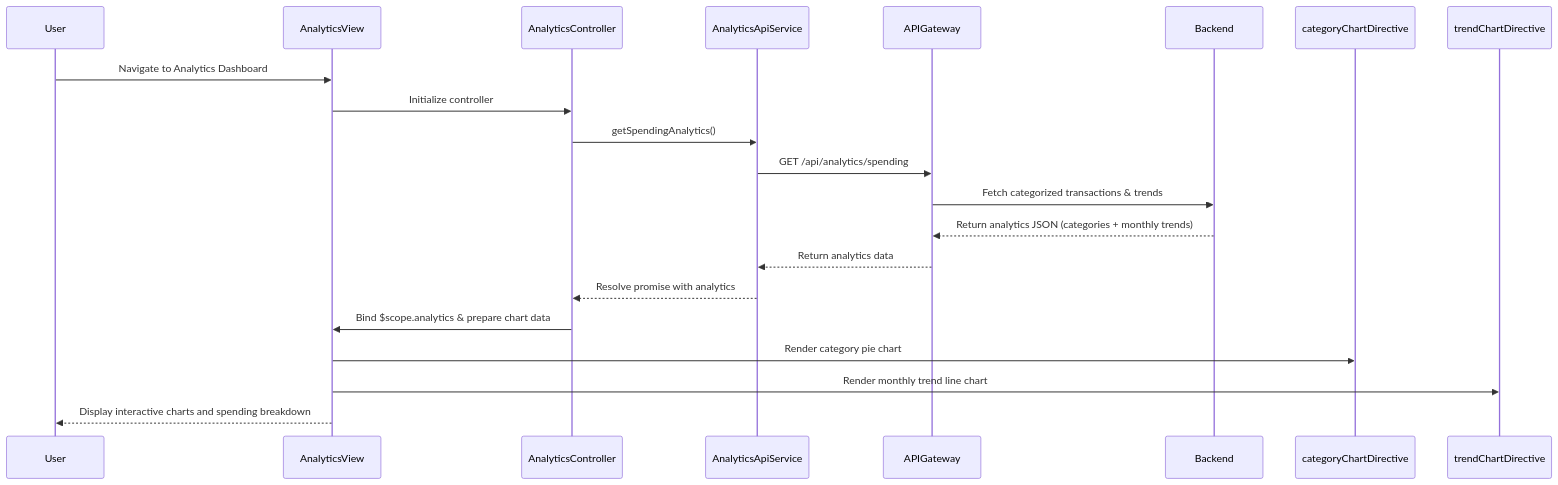
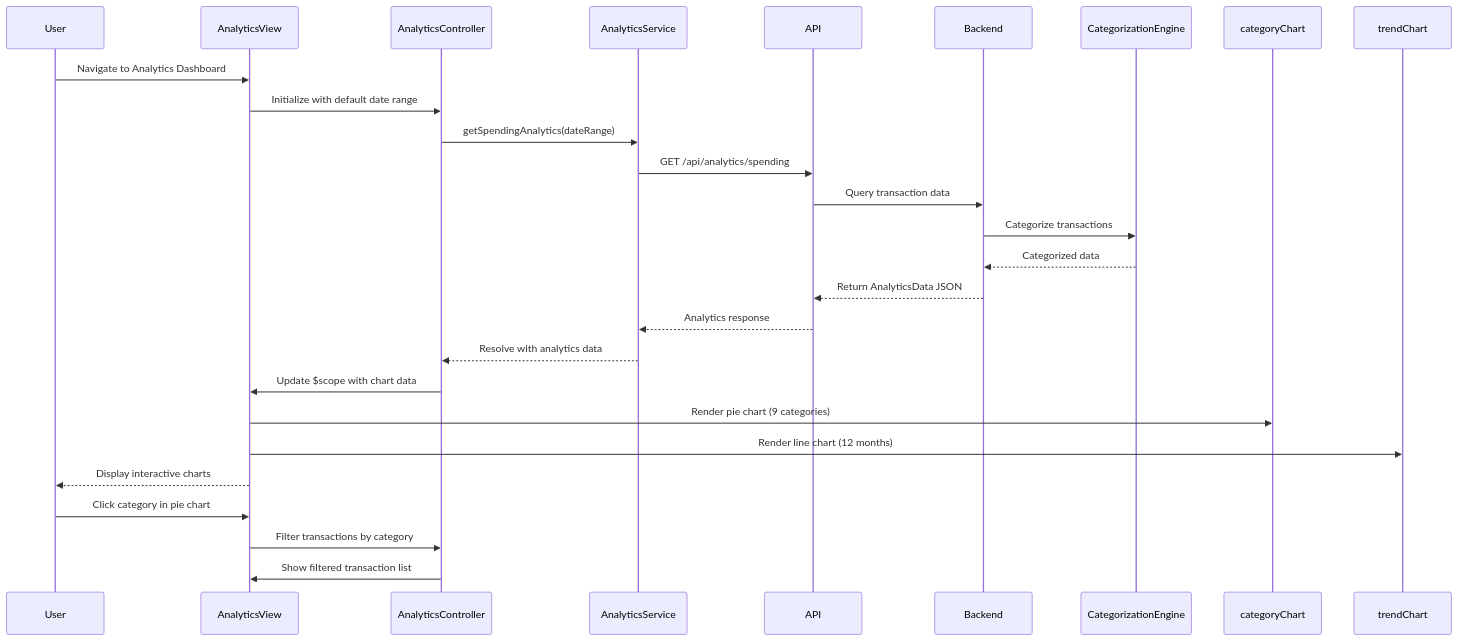
Before and after one commit to Davamani-git/APB_Demo: the diagram in LLD/QE-4630_LLD.md, drawn with Mermaid. The commit also changed other lines of this file and 2 other files, not shown here.

````diff
--- a/LLD/QE-4630_LLD.md
+++ b/LLD/QE-4630_LLD.md
@@ -97,22 +74,28 @@
 ```mermaid
 sequenceDiagram
     participant User
     participant AnalyticsView
     participant AnalyticsController
-    participant AnalyticsApiService
-    participant APIGateway
+    participant AnalyticsService
+    participant API
     participant Backend
-
+    participant CategorizationEngine
+    
     User->>AnalyticsView: Navigate to Analytics Dashboard
-    AnalyticsView->>AnalyticsController: Initialize controller
-    AnalyticsController->>AnalyticsApiService: getSpendingAnalytics()
-    AnalyticsApiService->>APIGateway: GET /api/analytics/spending
-    APIGateway->>Backend: Fetch categorized transactions & trends
-    Backend-->>APIGateway: Return analytics JSON (categories + monthly trends)
-    APIGateway-->>AnalyticsApiService: Return analytics data
-    AnalyticsApiService-->>AnalyticsController: Resolve promise with analytics
-    AnalyticsController->>AnalyticsView: Bind $scope.analytics & prepare chart data
-    AnalyticsView->>categoryChartDirective: Render category pie chart
-    AnalyticsView->>trendChartDirective: Render monthly trend line chart
-    AnalyticsView-->>User: Display interactive charts and spending breakdown
+    AnalyticsView->>AnalyticsController: Initialize with default date range
+    AnalyticsController->>AnalyticsService: getSpendingAnalytics(dateRange)
+    AnalyticsService->>API: GET /api/analytics/spending
+    API->>Backend: Query transaction data
+    Backend->>CategorizationEngine: Categorize transactions
+    CategorizationEngine-->>Backend: Categorized data
+    Backend-->>API: Return AnalyticsData JSON
+    API-->>AnalyticsService: Analytics response
+    AnalyticsService-->>AnalyticsController: Resolve with analytics data
+    AnalyticsController->>AnalyticsView: Update $scope with chart data
+    AnalyticsView->>categoryChart: Render pie chart (9 categories)
+    AnalyticsView->>trendChart: Render line chart (12 months)
+    AnalyticsView-->>User: Display interactive charts
+    User->>AnalyticsView: Click category in pie chart
+    AnalyticsView->>AnalyticsController: Filter transactions by category
+    AnalyticsController->>AnalyticsView: Show filtered transaction list
 ```
````
